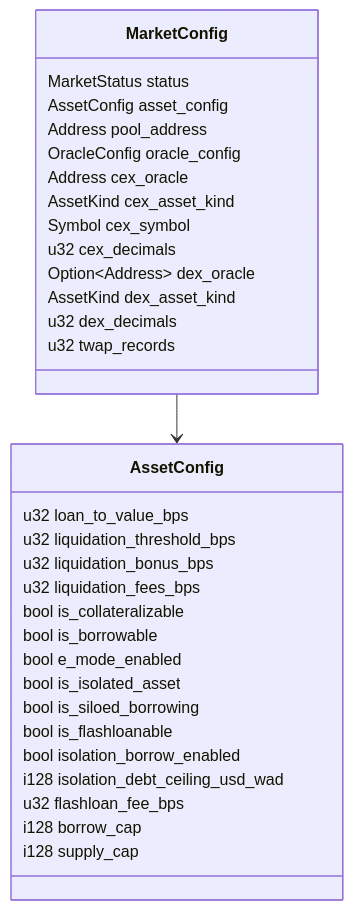
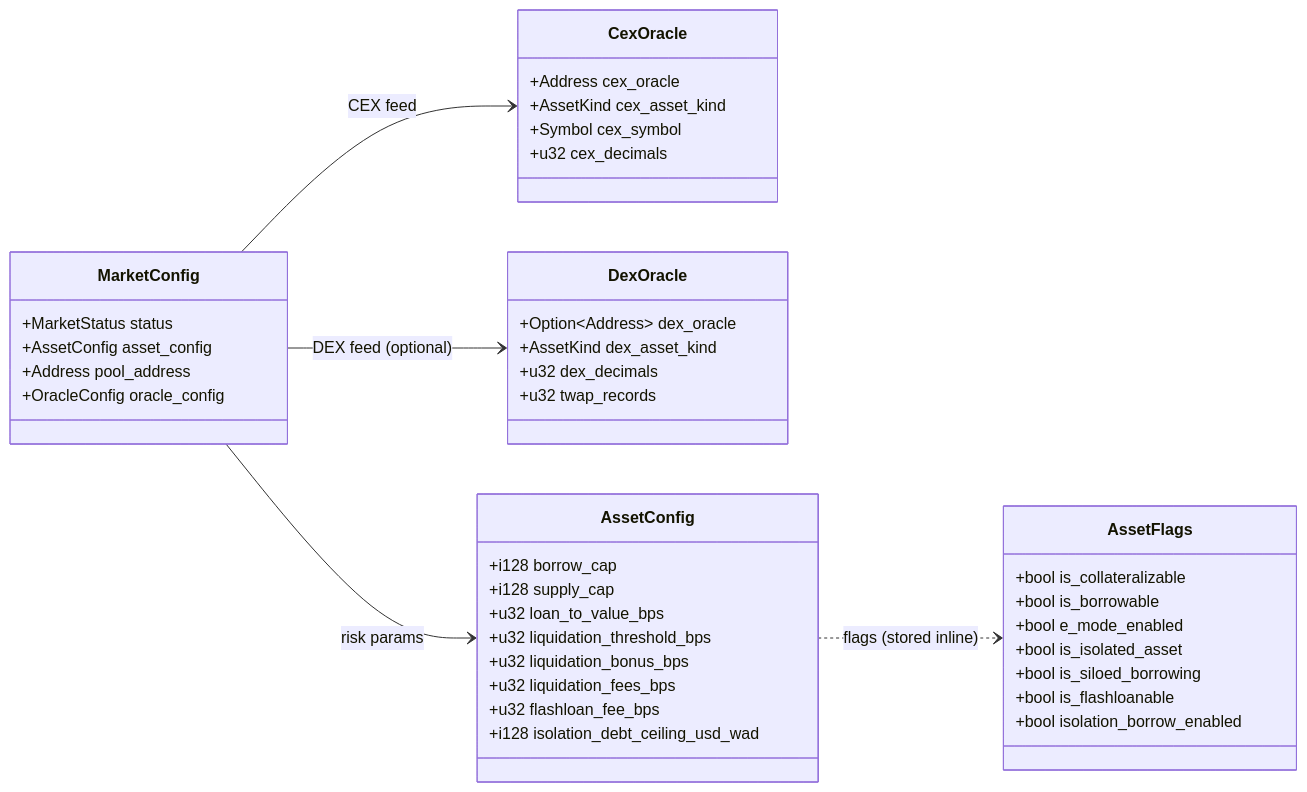
The seventh of 9 diagrams in architecture/ARCHITECTURE.md (XOXNO/rs-lending-xlm), drawn with Mermaid before and after one commit. The commit also changed other lines of this file and 118 other files, not shown here.

````diff
--- a/architecture/ARCHITECTURE.md
+++ b/architecture/ARCHITECTURE.md
@@ -283,35 +250,51 @@
 ```mermaid
 classDiagram
+    direction LR
+
     class MarketConfig {
-        MarketStatus status
-        AssetConfig asset_config
-        Address pool_address
-        OracleConfig oracle_config
-        Address cex_oracle
-        AssetKind cex_asset_kind
-        Symbol cex_symbol
-        u32 cex_decimals
-        Option~Address~ dex_oracle
-        AssetKind dex_asset_kind
-        u32 dex_decimals
-        u32 twap_records
+        +MarketStatus status
+        +AssetConfig asset_config
+        +Address pool_address
+        +OracleConfig oracle_config
     }
+
+    class CexOracle {
+        +Address cex_oracle
+        +AssetKind cex_asset_kind
+        +Symbol cex_symbol
+        +u32 cex_decimals
+    }
+
+    class DexOracle {
+        +Option~Address~ dex_oracle
+        +AssetKind dex_asset_kind
+        +u32 dex_decimals
+        +u32 twap_records
+    }
+
     class AssetConfig {
-        u32 loan_to_value_bps
-        u32 liquidation_threshold_bps
-        u32 liquidation_bonus_bps
-        u32 liquidation_fees_bps
-        bool is_collateralizable
-        bool is_borrowable
-        bool e_mode_enabled
-        bool is_isolated_asset
-        bool is_siloed_borrowing
-        bool is_flashloanable
-        bool isolation_borrow_enabled
-        i128 isolation_debt_ceiling_usd_wad
-        u32 flashloan_fee_bps
-        i128 borrow_cap
-        i128 supply_cap
+        +i128 borrow_cap
+        +i128 supply_cap
+        +u32 loan_to_value_bps
+        +u32 liquidation_threshold_bps
+        +u32 liquidation_bonus_bps
+        +u32 liquidation_fees_bps
+        +u32 flashloan_fee_bps
+        +i128 isolation_debt_ceiling_usd_wad
     }
-    MarketConfig --> AssetConfig
+
+    class AssetFlags {
+        +bool is_collateralizable
+        +bool is_borrowable
+        +bool e_mode_enabled
+        +bool is_isolated_asset
+        +bool is_siloed_borrowing
+        +bool is_flashloanable
+        +bool isolation_borrow_enabled
+    }
+
+    MarketConfig --> AssetConfig : risk params
+    MarketConfig --> CexOracle : CEX feed
+    MarketConfig --> DexOracle : DEX feed (optional)
+    AssetConfig ..> AssetFlags : flags (stored inline)
 ```
````
